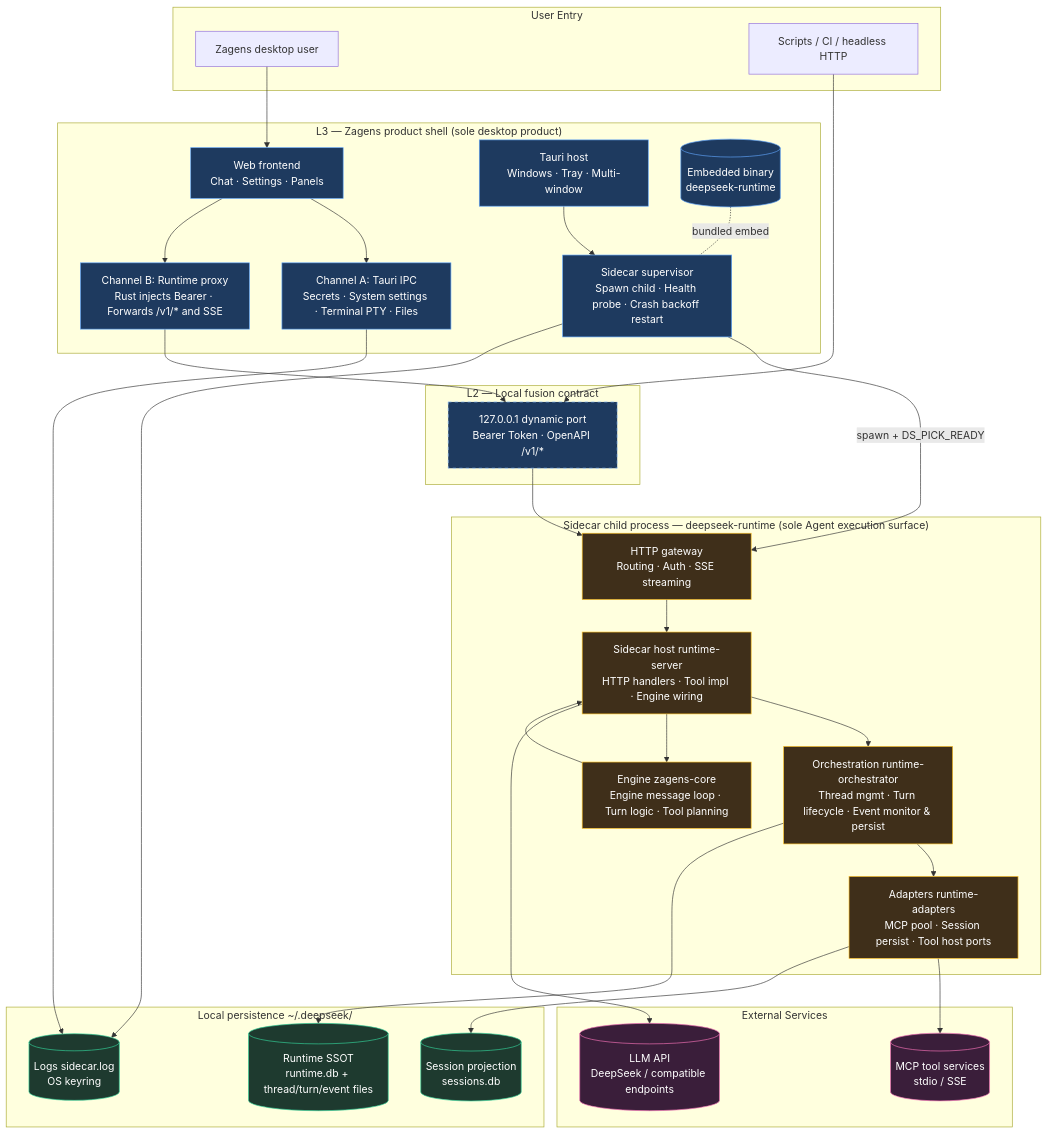
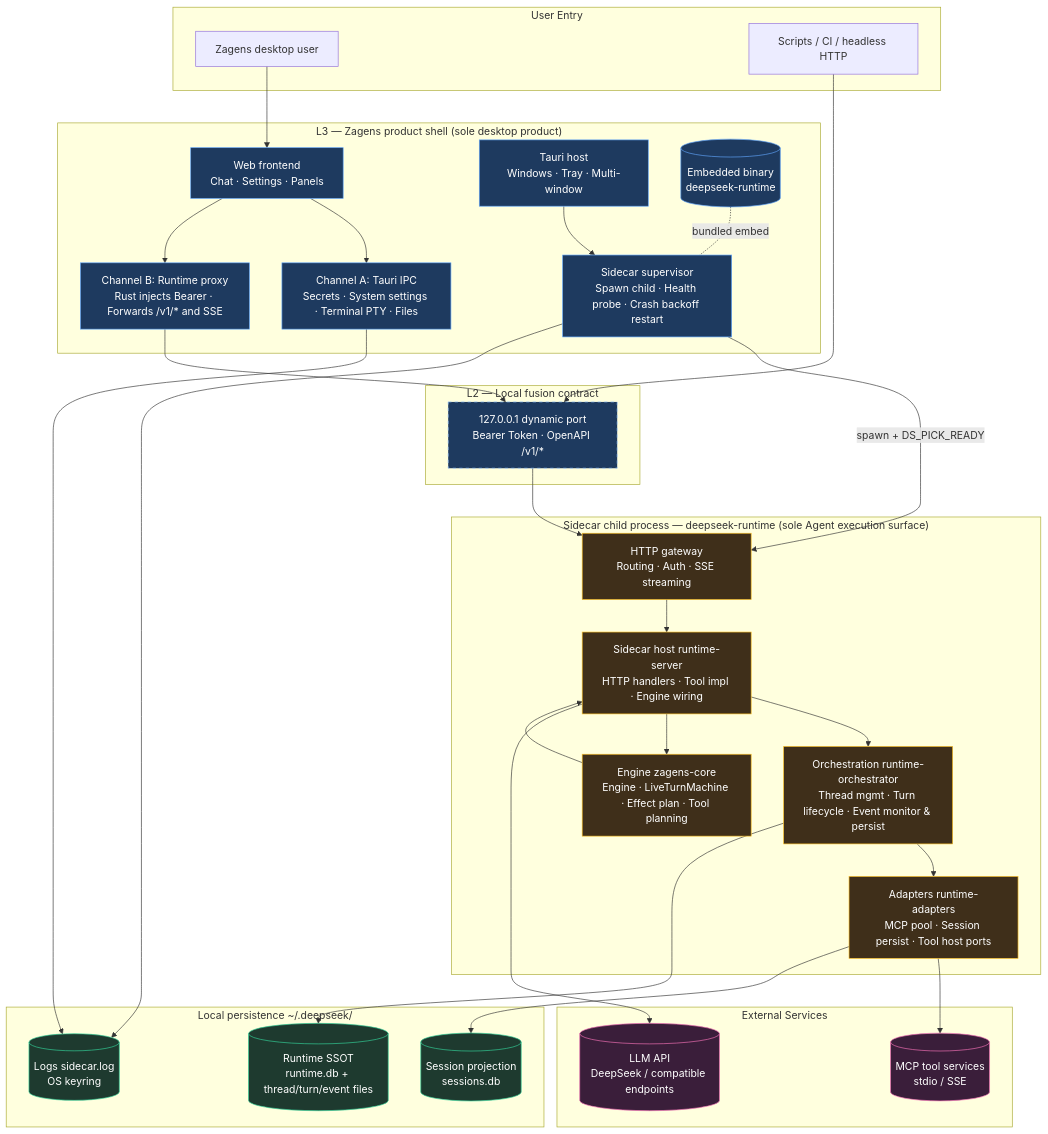
One commit to didclawapp-ai/zagens changed the first of 6 diagrams in docs/tech/RUNTIME_ARCHITECTURE.md. Above: the diagram before and after it, drawn with Mermaid. The commit also changed other lines of this file and 12 other files, not shown here.

First line of the commit message:
Docs: align README and architecture specs with Kernel V3 and zagens-tui.

````diff
--- a/docs/tech/RUNTIME_ARCHITECTURE.md
+++ b/docs/tech/RUNTIME_ARCHITECTURE.md
@@ -38,72 +39,72 @@
 ```mermaid
 flowchart TB
     subgraph entry["User Entry"]
         U1["Zagens desktop user"]
         U2["Scripts / CI / headless HTTP"]
     end
 
     subgraph L3["L3 — Zagens product shell (sole desktop product)"]
         UI["Web frontend<br/>Chat · Settings · Panels"]
         TAURI["Tauri host<br/>Windows · Tray · Multi-window"]
         CH_A["Channel A: Tauri IPC<br/>Secrets · System settings · Terminal PTY · Files"]
         CH_B["Channel B: Runtime proxy<br/>Rust injects Bearer · Forwards /v1/* and SSE"]
         SUP["Sidecar supervisor<br/>Spawn child · Health probe · Crash backoff restart"]
         BIN[("Embedded binary<br/>deepseek-runtime")]
     end
 
     subgraph L2["L2 — Local fusion contract"]
         WIRE["127.0.0.1 dynamic port<br/>Bearer Token · OpenAPI /v1/*"]
     end
 
     subgraph Sidecar["Sidecar child process — deepseek-runtime (sole Agent execution surface)"]
         GATE["HTTP gateway<br/>Routing · Auth · SSE streaming"]
         HOST["Sidecar host runtime-server<br/>HTTP handlers · Tool impl · Engine wiring"]
         ORCH["Orchestration runtime-orchestrator<br/>Thread mgmt · Turn lifecycle · Event monitor & persist"]
         ADPT["Adapters runtime-adapters<br/>MCP pool · Session persist · Tool host ports"]
-        CORE["Engine zagens-core<br/>Engine message loop · Turn logic · Tool planning"]
+        CORE["Engine zagens-core<br/>Engine · LiveTurnMachine · Effect plan · Tool planning"]
     end
 
     subgraph external["External Services"]
         LLM[("LLM API<br/>DeepSeek / compatible endpoints")]
         MCP[("MCP tool services<br/>stdio / SSE")]
     end
 
     subgraph storage["Local persistence ~/.deepseek/"]
         SESS[("Session projection<br/>sessions.db")]
         RT[("Runtime SSOT<br/>runtime.db + thread/turn/event files")]
         LOG[("Logs sidecar.log<br/>OS keyring")]
     end
 
     U1 --> UI
     U2 --> WIRE
     UI --> CH_A
     UI --> CH_B
     TAURI --> SUP
     CH_A --> LOG
     CH_B --> WIRE
     SUP -- "spawn + DS_PICK_READY" --> GATE
     BIN -. "bundled embed" .- SUP
 
     WIRE --> GATE
     GATE --> HOST
     HOST --> ORCH
     ORCH --> ADPT
     HOST --> CORE
     CORE --> HOST
     HOST --> LLM
     ADPT --> MCP
     ADPT --> SESS
     ORCH --> RT
     SUP --> LOG
 
     classDef product fill:#1e3a5f,stroke:#60a5fa,color:#fff
     classDef contract fill:#1e3a5f,stroke:#93c5fd,color:#fff,stroke-dasharray: 5 5
     classDef sidecar fill:#3f2f1a,stroke:#fbbf24,color:#fff
     classDef ext fill:#3a1e3a,stroke:#f472b6,color:#fff
     classDef store fill:#1e3a2f,stroke:#34d399,color:#fff
     class UI,TAURI,CH_A,CH_B,SUP,BIN product
     class WIRE contract
     class GATE,HOST,ORCH,ADPT,CORE sidecar
     class LLM,MCP ext
     class SESS,RT,LOG store
 ```
````
